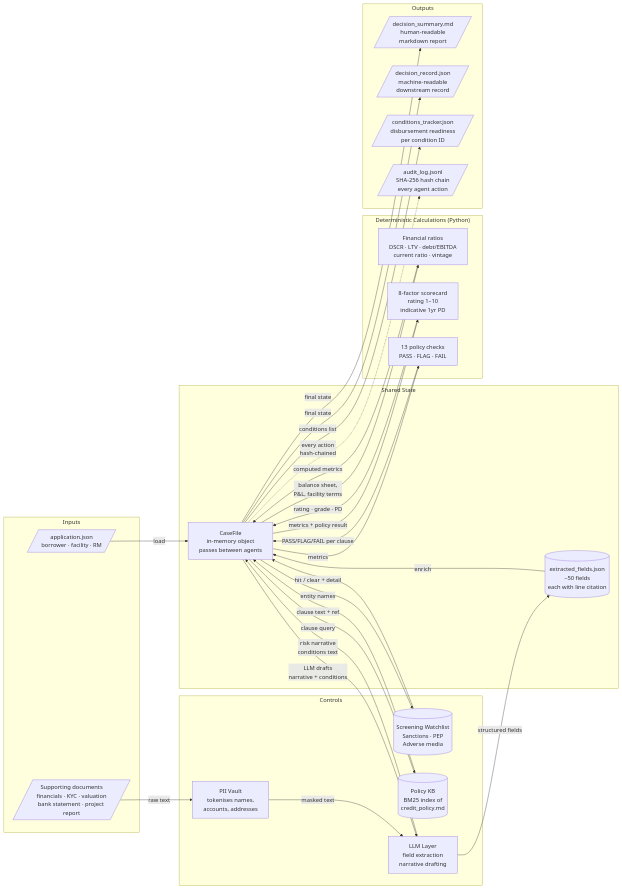
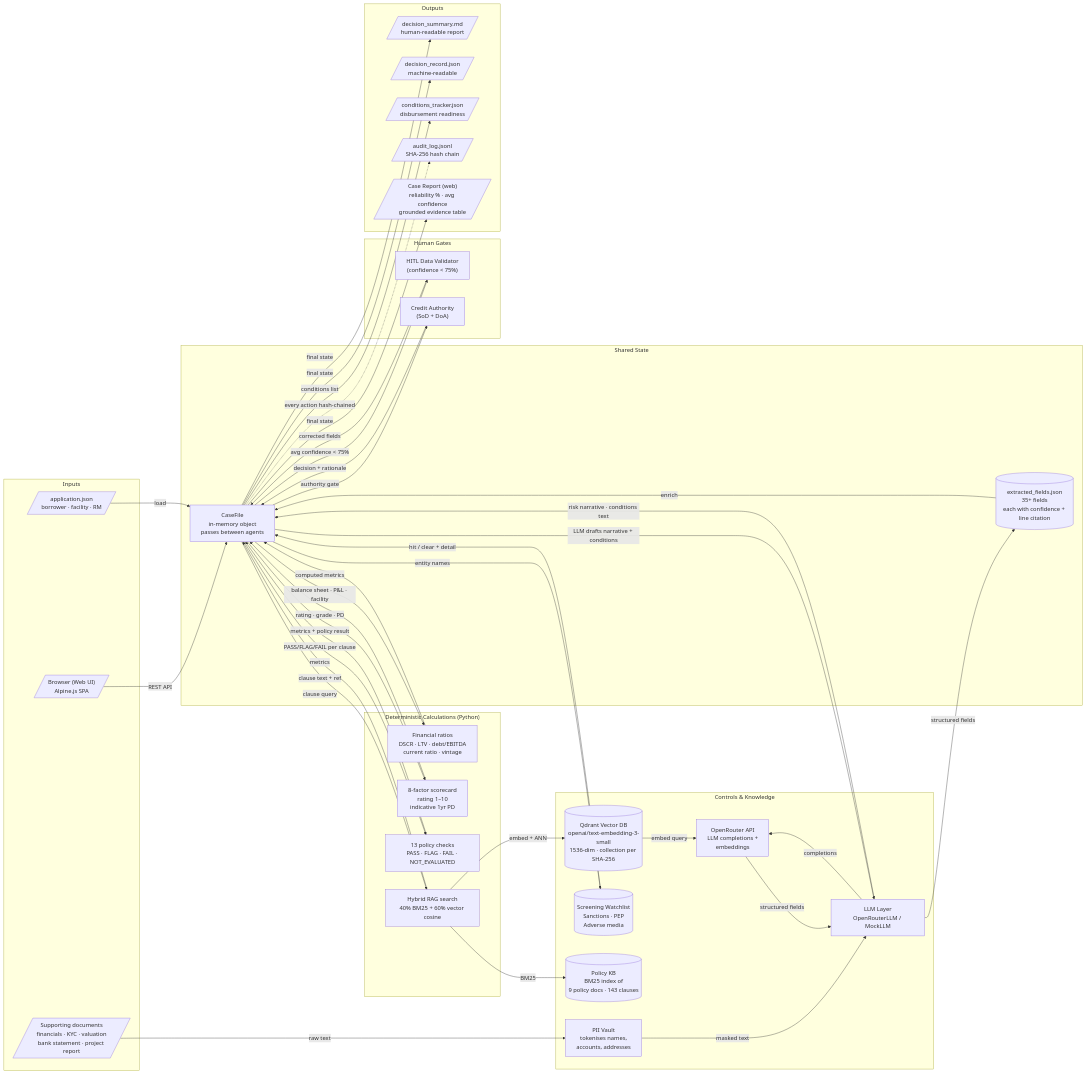
Before and after one commit to alokranjan04/loan-lifecycle: the diagram in prototype/docs/data_flow.md, drawn with Mermaid. The commit also changed other lines of this file and 21 other files, not shown here.

First line of the commit message:
feat: add RAG (Qdrant + OpenRouter), Case Report UI, Policy Library, HITL gate, and test scenarios

````diff
--- a/prototype/docs/data_flow.md
+++ b/prototype/docs/data_flow.md
@@ -9,59 +9,82 @@
     subgraph IN["Inputs"]
         AppJSON[/"application.json\nborrower · facility · RM"/]
         Docs[/"Supporting documents\nfinancials · KYC · valuation\nbank statement · project report"/]
+        Browser[/"Browser (Web UI)\nAlpine.js SPA"/]
     end
 
-    subgraph CTRL["Controls"]
+    subgraph CTRL["Controls & Knowledge"]
         Vault["PII Vault\ntokenises names,\naccounts, addresses"]
         SCR[("Screening Watchlist\nSanctions · PEP\nAdverse media")]
-        KB[("Policy KB\nBM25 index of\ncredit_policy.md")]
-        LLM["LLM Layer\nfield extraction\nnarrative drafting"]
+        KB[("Policy KB\nBM25 index of\n9 policy docs · 143 clauses")]
+        VDB[("Qdrant Vector DB\nopenai/text-embedding-3-small\n1536-dim · collection per SHA-256")]
+        LLM["LLM Layer\nOpenRouterLLM / MockLLM"]
+        OR["OpenRouter API\nLLM completions +\nembeddings"]
     end
 
     subgraph STATE["Shared State"]
         CF["CaseFile\nin-memory object\npasses between agents"]
-        EXT[("extracted_fields.json\n~50 fields\neach with line citation")]
+        EXT[("extracted_fields.json\n35+ fields\neach with confidence + line citation")]
     end
 
     subgraph CALC["Deterministic Calculations (Python)"]
         Ratios["Financial ratios\nDSCR · LTV · debt/EBITDA\ncurrent ratio · vintage"]
         Score["8-factor scorecard\nrating 1–10\nindicative 1yr PD"]
-        PolicyChk["13 policy checks\nPASS · FLAG · FAIL"]
+        PolicyChk["13 policy checks\nPASS · FLAG · FAIL · NOT_EVALUATED"]
+        RAGSearch["Hybrid RAG search\n40% BM25 + 60% vector cosine"]
+    end
+
+    subgraph HG["Human Gates"]
+        HITL["HITL Data Validator\n(confidence < 75%)"]
+        Credit["Credit Authority\n(SoD + DoA)"]
     end
 
     subgraph OUT["Outputs"]
-        Summary[/"decision_summary.md\nhuman-readable\nmarkdown report"/]
-        Record[/"decision_record.json\nmachine-readable\ndownstream record"/]
-        Tracker[/"conditions_tracker.json\ndisbursement readiness\nper condition ID"/]
-        AuditLog[/"audit_log.jsonl\nSHA-256 hash chain\nevery agent action"/]
+        Summary[/"decision_summary.md\nhuman-readable report"/]
+        Record[/"decision_record.json\nmachine-readable"/]
+        Tracker[/"conditions_tracker.json\ndisbursement readiness"/]
+        AuditLog[/"audit_log.jsonl\nSHA-256 hash chain"/]
+        CaseReport[/"Case Report (web)\nreliability % · avg confidence\ngrounded evidence table"/]
     end
 
-    AppJSON -->|"load"| CF
-    Docs -->|"raw text"| Vault
-    Vault -->|"masked text"| LLM
-    LLM -->|"structured fields"| EXT
-    EXT -->|"enrich"| CF
+    Browser -->|REST API| CF
+    AppJSON -->|load| CF
+    Docs -->|raw text| Vault
+    Vault -->|masked text| LLM
+    LLM -->|completions| OR
+    OR -->|structured fields| LLM
+    LLM -->|structured fields| EXT
+    EXT -->|enrich| CF
 
-    CF -->|"entity names"| SCR
-    SCR -->|"hit / clear + detail"| CF
+    CF -->|entity names| SCR
+    SCR -->|hit / clear + detail| CF
 
-    CF -->|"clause query"| KB
-    KB -->|"clause text + ref"| CF
+    CF -->|clause query| RAGSearch
+    RAGSearch -->|BM25| KB
+    RAGSearch -->|embed + ANN| VDB
+    VDB -->|embed query| OR
+    RAGSearch -->|clause text + ref| CF
 
-    CF -->|"balance sheet,\nP&L, facility terms"| Ratios
-    Ratios -->|"computed metrics"| CF
+    CF -->|balance sheet · P&L · facility| Ratios
+    Ratios -->|computed metrics| CF
 
-    CF -->|"metrics"| PolicyChk
-    PolicyChk -->|"PASS/FLAG/FAIL per clause"| CF
+    CF -->|metrics| PolicyChk
+    PolicyChk -->|PASS/FLAG/FAIL per clause| CF
 
-    CF -->|"metrics + policy result"| Score
-    Score -->|"rating · grade · PD"| CF
+    CF -->|metrics + policy result| Score
+    Score -->|rating · grade · PD| CF
 
-    CF -->|"LLM drafts\nnarrative + conditions"| LLM
-    LLM -->|"risk narrative\nconditions text"| CF
+    CF -->|avg confidence < 75%| HITL
+    HITL -->|corrected fields| CF
 
-    CF -->|"final state"| Summary
-    CF -->|"final state"| Record
-    CF -->|"conditions list"| Tracker
-    CF -.->|"every action\nhash-chained"| AuditLog
+    CF -->|LLM drafts narrative + conditions| LLM
+    LLM -->|risk narrative · conditions text| CF
+
+    CF -->|authority gate| Credit
+    Credit -->|decision + rationale| CF
+
+    CF -->|final state| Summary
+    CF -->|final state| Record
+    CF -->|conditions list| Tracker
+    CF -->|final state| CaseReport
+    CF -.->|every action hash-chained| AuditLog
 ```
````
